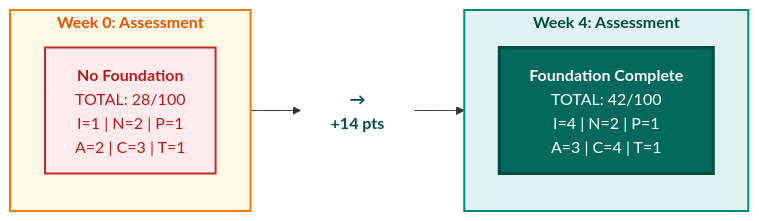
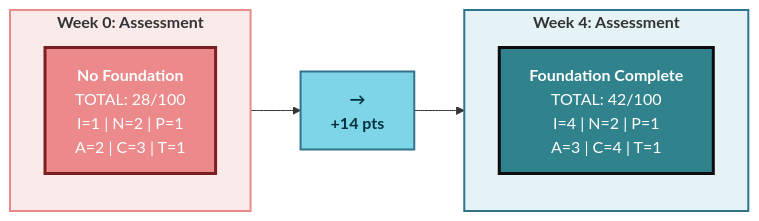
One commit to saitejesh-cyber/trust-before-intelligence-book changed the tenth of 11 diagrams in manuscript/05_chapter_4_foundation_layers.md. Above: the diagram before and after it, drawn with Mermaid. The commit also changed other lines of this file, not shown here.

Commit message:
Update mermaid diagrams as per new coloberry color and contrast ratio for chapter 5

````diff
--- a/manuscript/05_chapter_4_foundation_layers.md
+++ b/manuscript/05_chapter_4_foundation_layers.md
@@ -1044,20 +1052,20 @@
 ```mermaid
 graph LR
     subgraph week0["<b>Week 0: Assessment</b>"]
         W0["<b>No Foundation</b><br/>TOTAL: 28/100</b><br/>I=1 | N=2 | P=1<br/>A=2 | C=3 | T=1"]
     end
     
     ARROW["<b>→</b><br/><b>+14 pts</b>"]
     
     subgraph week4["<b>Week 4: Assessment</b>"]
         W4["<b>Foundation Complete</b><br/>TOTAL: 42/100</b><br/>I=4 | N=2 | P=1<br/>A=3 | C=4 | T=1"]
     end
     
     week0 --> ARROW --> week4
     
-    style week0 fill:#fff9e6,stroke:#f57c00,stroke-width:2px,color:#e65100
-    style W0 fill:#ffebee,stroke:#c62828,stroke-width:2px,color:#b71c1c
-    style ARROW fill:#ffffff,stroke:none,color:#004d40
-    style week4 fill:#e0f2f1,stroke:#00897b,stroke-width:2px,color:#004d40
-    style W4 fill:#00695c,color:#ffffff,stroke:#004d40,stroke-width:3px
+    style week0 fill:#FBEAEA,stroke:#EB898B,stroke-width:2px
+    style W0 fill:#EB898B,color:#ffffff,stroke:#7A1F22,stroke-width:3px
+    style ARROW fill:#7FD5E8,stroke:#32738C,stroke-width:2px,color:#00323D
+    style week4 fill:#E6F3F6,stroke:#32738C,stroke-width:2px
+    style W4 fill:#30838C,color:#ffffff,stroke:#0D0D0D,stroke-width:3px
 ```
````
